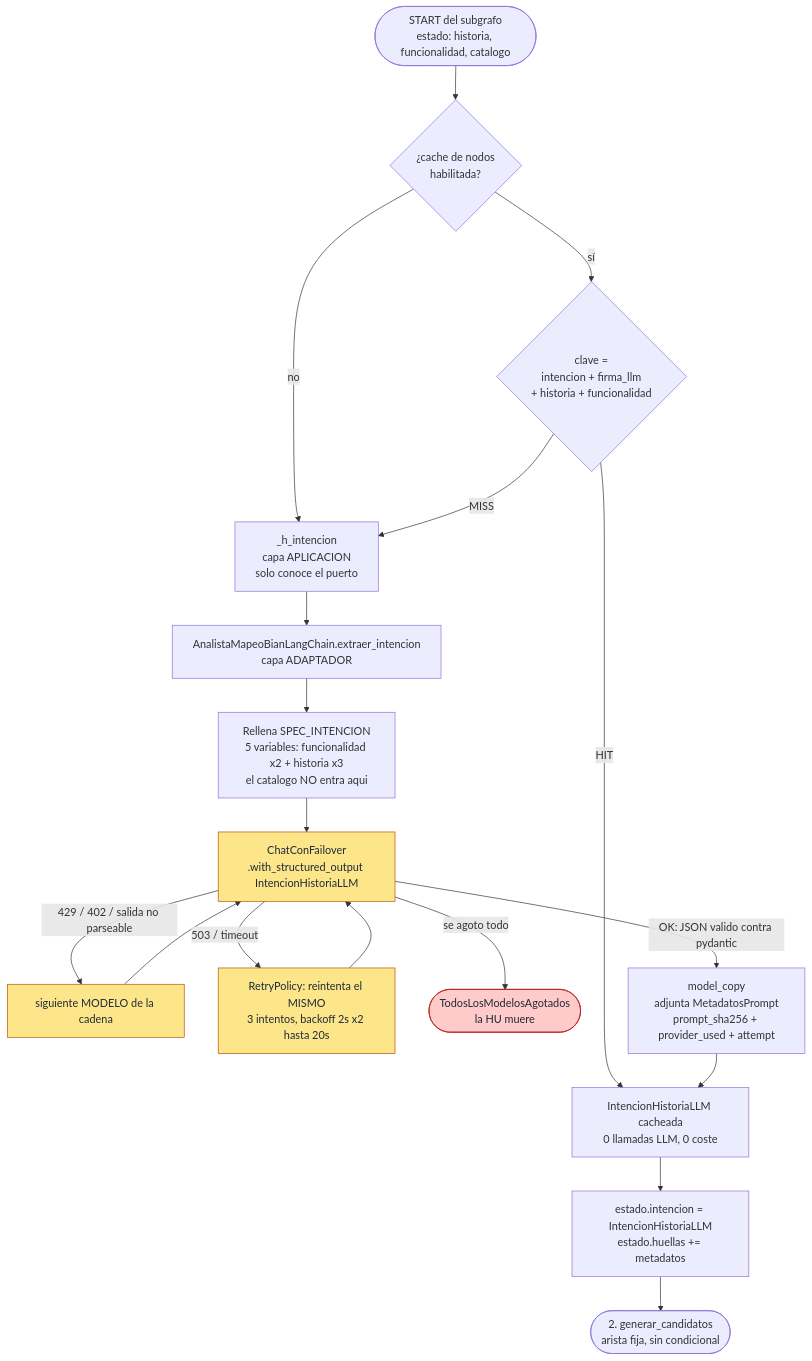
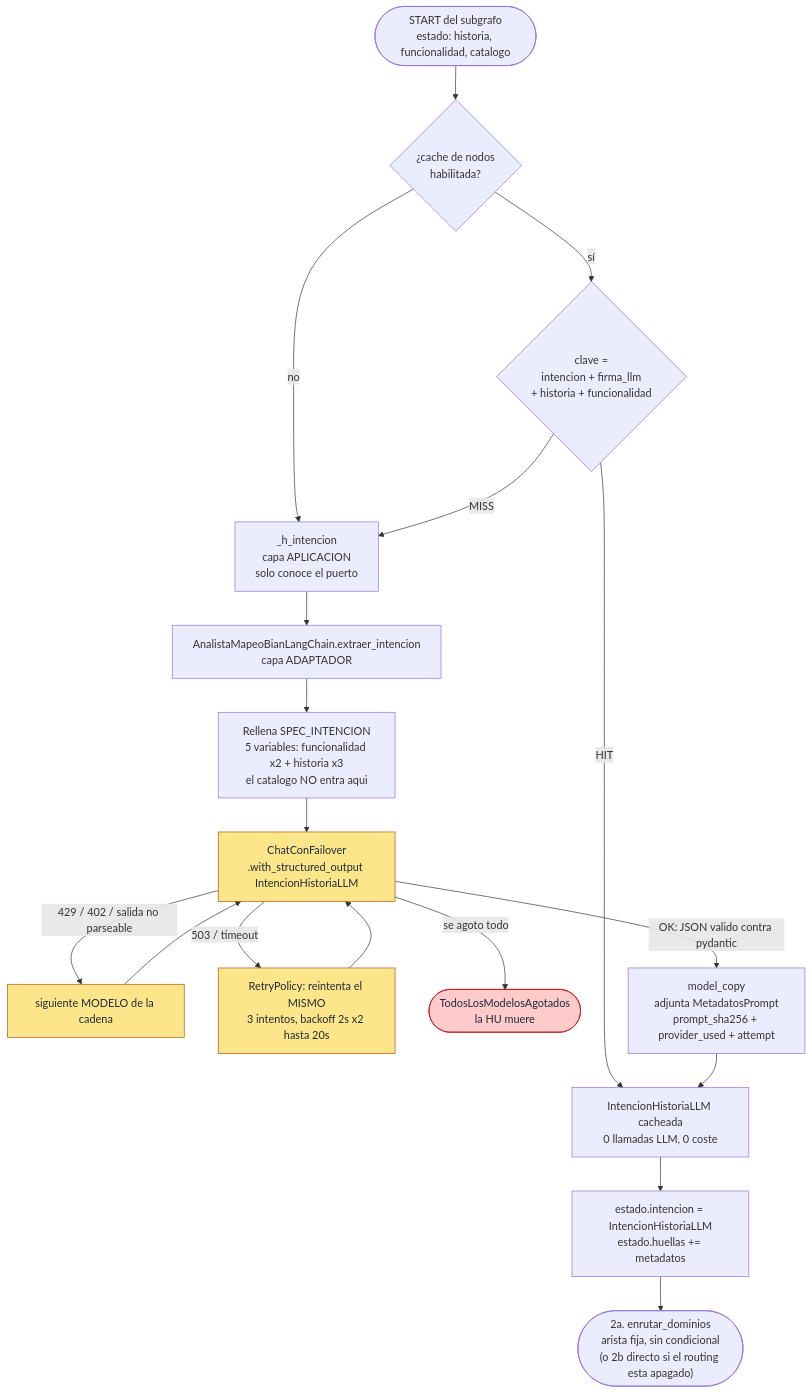
One commit to aaguerram/generacion_contrato_bian changed the diagram in node_info/01-extraer-intencion.md. Above: the diagram before and after it, drawn with Mermaid. The commit also changed other lines of this file and 22 other files, not shown here.

````diff
--- a/node_info/01-extraer-intencion.md
+++ b/node_info/01-extraer-intencion.md
@@ -271,28 +274,28 @@
 ```mermaid
 flowchart TD
     A(["START del subgrafo<br/>estado: historia, funcionalidad, catalogo"]) --> B{"¿cache de nodos<br/>habilitada?"}
     B -- "no" --> D
     B -- "sí" --> C{"clave =<br/>intencion + firma_llm<br/>+ historia + funcionalidad"}
     C -- "HIT" --> Z["IntencionHistoriaLLM cacheada<br/>0 llamadas LLM, 0 coste"]
     C -- "MISS" --> D["_h_intencion<br/>capa APLICACION<br/>solo conoce el puerto"]
 
     D --> E["AnalistaMapeoBianLangChain.extraer_intencion<br/>capa ADAPTADOR"]
     E --> F["Rellena SPEC_INTENCION<br/>5 variables: funcionalidad x2 + historia x3<br/>el catalogo NO entra aqui"]
     F --> G["ChatConFailover<br/>.with_structured_output IntencionHistoriaLLM"]
 
     G -- "429 / 402 / salida no parseable" --> G1["siguiente MODELO de la cadena"]
     G1 --> G
     G -- "503 / timeout" --> G2["RetryPolicy: reintenta el MISMO<br/>3 intentos, backoff 2s x2 hasta 20s"]
     G2 --> G
     G -- "se agoto todo" --> X(["TodosLosModelosAgotados<br/>la HU muere"])
 
     G -- "OK: JSON valido contra pydantic" --> H["model_copy<br/>adjunta MetadatosPrompt<br/>prompt_sha256 + provider_used + attempt"]
     H --> Z
     Z --> I["estado.intencion = IntencionHistoriaLLM<br/>estado.huellas += metadatos"]
-    I --> J(["2. generar_candidatos<br/>arista fija, sin condicional"])
+    I --> J(["2a. enrutar_dominios<br/>arista fija, sin condicional<br/>(o 2b directo si el routing esta apagado)"])
 
     classDef llm fill:#fde68a,stroke:#b45309,color:#1f2937
     classDef err fill:#fecaca,stroke:#b91c1c,color:#1f2937
     class G,G1,G2 llm
     class X err
 ```
````
